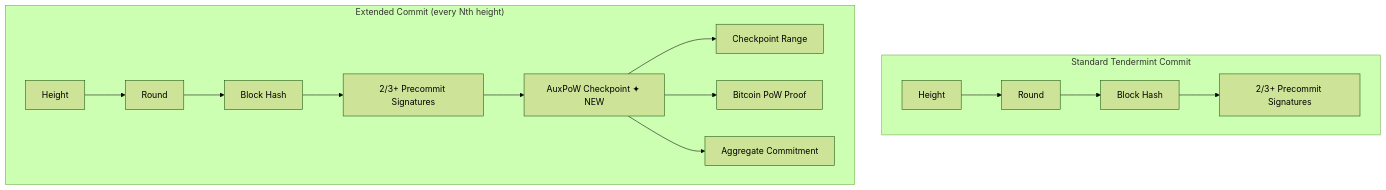
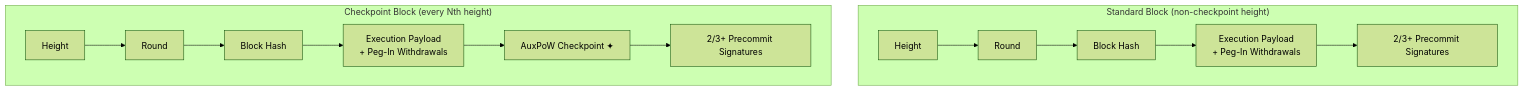
One commit to AnduroProject/alys changed the third of 8 diagrams in docs/v2_alpha/tendermint_implementation/16_AUXPOW_TENDERMINT_INTEGRATION.md. Above: the diagram before and after it, drawn with Mermaid (forest theme). The commit also changed other lines of this file and 4 other files, not shown here.

````diff
--- a/docs/v2_alpha/tendermint_implementation/16_AUXPOW_TENDERMINT_INTEGRATION.md
+++ b/docs/v2_alpha/tendermint_implementation/16_AUXPOW_TENDERMINT_INTEGRATION.md
@@ -420,18 +446,17 @@
 ```mermaid
 graph TD
-    subgraph "Standard Tendermint Commit"
+    subgraph "Standard Block (non-checkpoint height)"
         A[Height] --> B[Round]
         B --> C[Block Hash]
-        C --> D[2/3+ Precommit Signatures]
+        C --> D["Execution Payload<br/>+ Peg-In Withdrawals"]
+        D --> E[2/3+ Precommit Signatures]
     end
 
-    subgraph "Extended Commit (every Nth height)"
-        E[Height] --> F[Round]
-        F --> G[Block Hash]
-        G --> H[2/3+ Precommit Signatures]
-        H --> I["AuxPoW Checkpoint ✦ NEW"]
-        I --> J[Checkpoint Range]
-        I --> K[Bitcoin PoW Proof]
-        I --> L[Aggregate Commitment]
+    subgraph "Checkpoint Block (every Nth height)"
+        F[Height] --> G[Round]
+        G --> H[Block Hash]
+        H --> I["Execution Payload<br/>+ Peg-In Withdrawals"]
+        I --> J["AuxPoW Checkpoint ✦"]
+        J --> K[2/3+ Precommit Signatures]
     end
 ```
````
